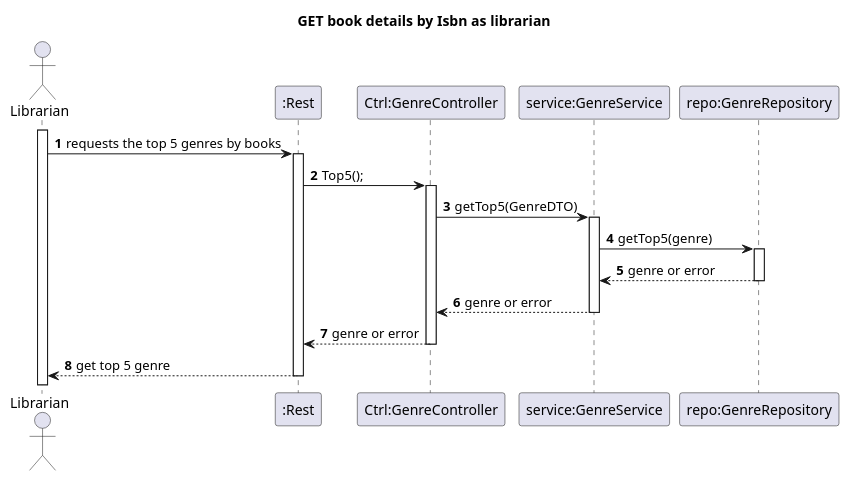
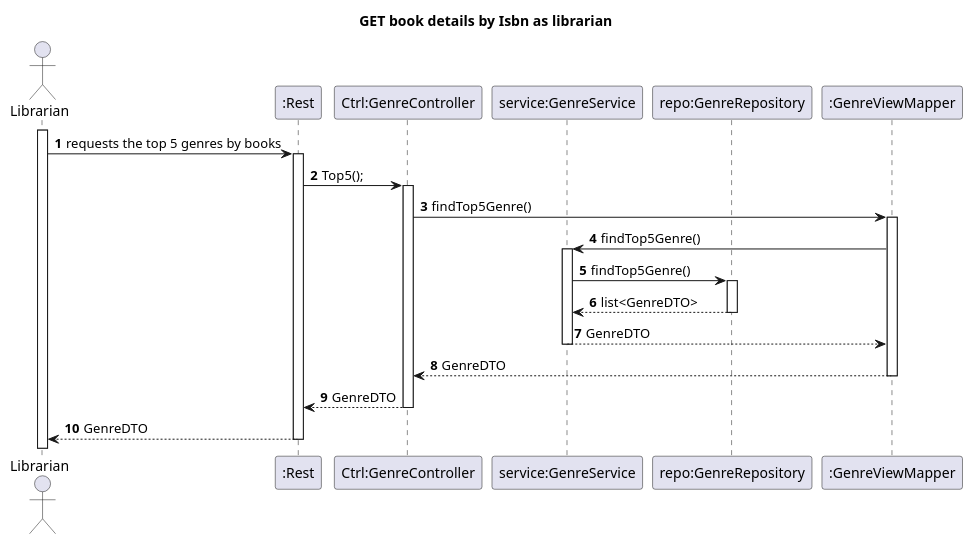
One commit to rutemf/1220944_1220772_G01 changed the diagram in Docs/Phase2/WP2B-Books/Ph2-10-KnowTop5GenreByBooks/Ph2-10-KnowTop5GenreByBooks.puml. Above: the diagram before and after it, drawn with PlantUML. The commit also changed 2 other files, not shown here.

```diff
--- a/Docs/Phase2/WP2B-Books/Ph2-10-KnowTop5GenreByBooks/Ph2-10-KnowTop5GenreByBooks.puml
+++ b/Docs/Phase2/WP2B-Books/Ph2-10-KnowTop5GenreByBooks/Ph2-10-KnowTop5GenreByBooks.puml
@@ -1,27 +1,30 @@
 @startuml
 'https://plantuml.com/sequence-diagram
 autoactivate on
 autonumber
 
 title GET book details by Isbn as librarian
 
 actor "Librarian" as User
 participant ":Rest" as Rest
 participant "Ctrl:GenreController" as Ctrl
 participant "service:GenreService" as Service
 participant "repo:GenreRepository" as Repo
+participant ":GenreViewMapper" as Mapper
 
 activate User
 
 User -> Rest: requests the top 5 genres by books
 
 Rest -> Ctrl: Top5();
 
-Ctrl -> Service: getTop5(GenreDTO)
-Service -> Repo: getTop5(genre)
-Repo --> Service: genre or error
-Service --> Ctrl: genre or error
-Ctrl --> Rest: genre or error
-Rest --> User: get top 5 genre
+Ctrl -> Mapper: findTop5Genre()
+Mapper -> Service: findTop5Genre()
+Service -> Repo: findTop5Genre()
+Repo --> Service: list<GenreDTO>
+Service --> Mapper: GenreDTO
+Mapper --> Ctrl: GenreDTO
+Ctrl --> Rest: GenreDTO
+Rest --> User: GenreDTO
 
 @enduml
```
